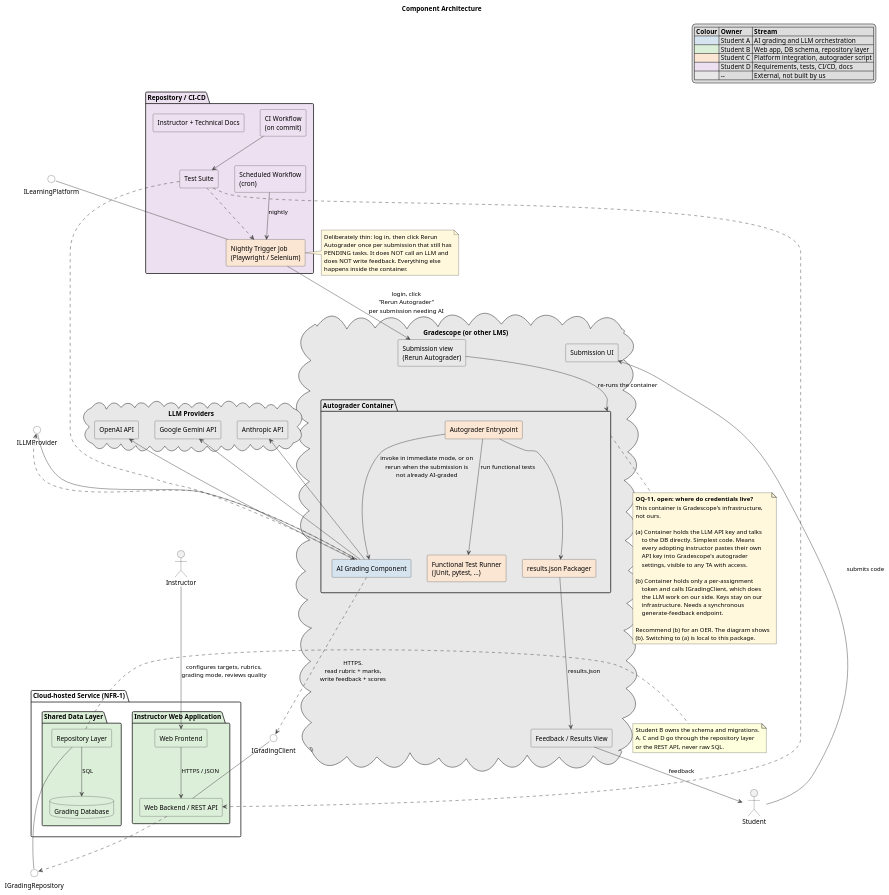
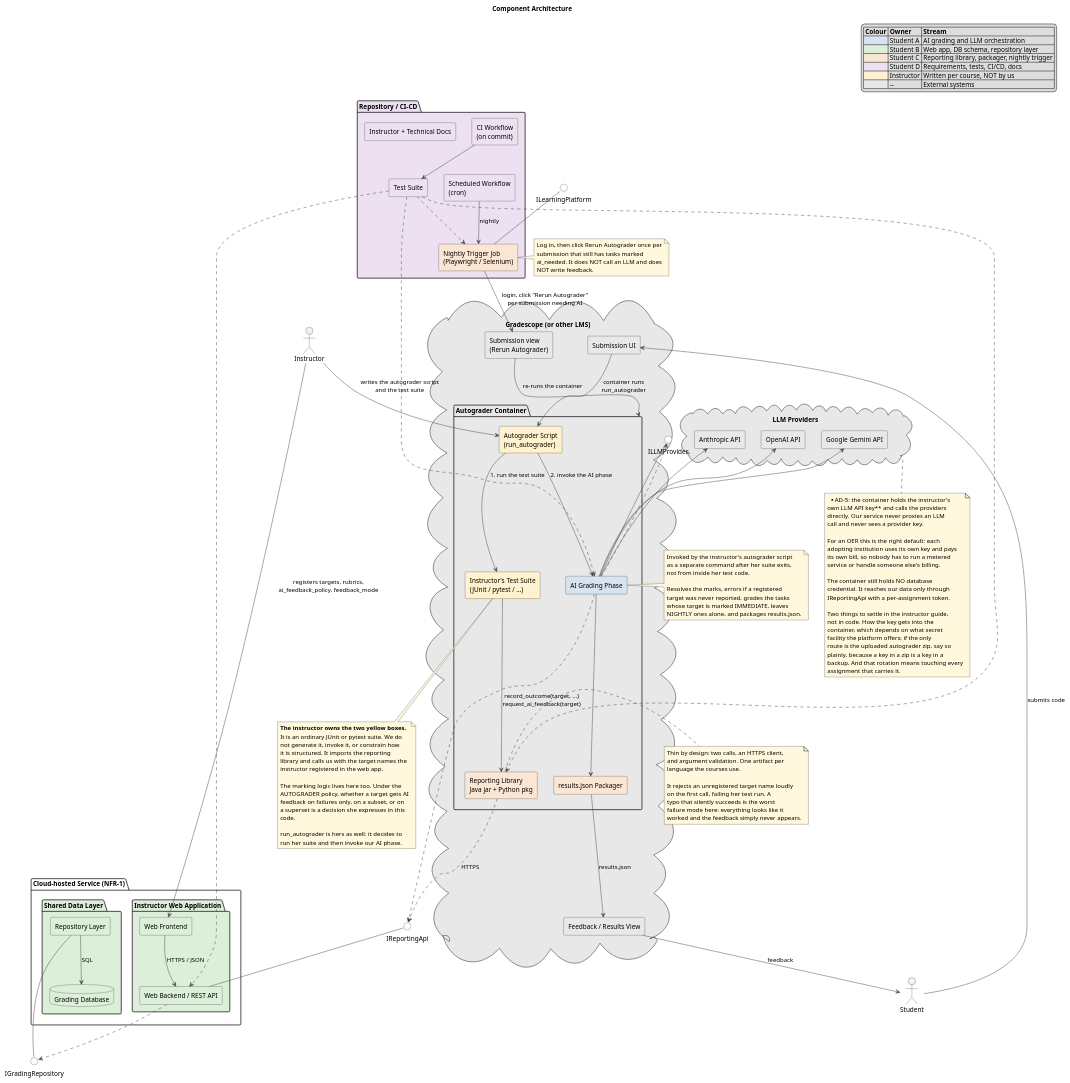
Before and after one commit to AI-Assisted-Autograder/ai-assisted-autograder: the diagram in docs/architecture/01-component.puml, drawn with PlantUML. The commit also changed 9 other files, not shown here.

Commit message:
Updated autograder interface.

```diff
--- a/docs/architecture/01-component.puml
+++ b/docs/architecture/01-component.puml
@@ -3,10 +3,16 @@
 ' Automated Code Feedback -- Component Architecture
 ' Traces to: NFR-3, NFR-4, NFR-11, FR-37, FR-38, FR-39
 '
-' Key structural fact: the AI grading component runs INSIDE the
-' platform autograder script, in both immediate and nightly mode. The
-' nightly job runner only triggers reruns. It does not generate
-' feedback.
+' Two structural facts that drive everything else:
+'
+'  1. The instructor's own test suite IS the autograder. We do not
+'     invoke it. It imports our reporting library and calls us with the
+'     target names the instructor registered in the web app. Control is
+'     inverted relative to a framework: we ship a library, not a runner.
+'
+'  2. The AI grading component runs INSIDE the platform autograder
+'     container, in both immediate and nightly mode. The nightly job
+'     runner only triggers reruns; it never calls an LLM.
 ' =====================================================================
 
 title Component Architecture
@@ -21,9 +27,10 @@
   |= Colour |= Owner |= Stream |
   |<#D6E4F0>| Student A | AI grading and LLM orchestration |
   |<#DCEFD9>| Student B | Web app, DB schema, repository layer |
-  |<#FBE6D4>| Student C | Platform integration, autograder script |
+  |<#FBE6D4>| Student C | Reporting library, packager, nightly trigger |
   |<#EDE0F0>| Student D | Requirements, tests, CI/CD, docs |
-  |<#E8E8E8>| -- | External, not built by us |
+  |<#FFF2CC>| Instructor | Written per course, NOT by us |
+  |<#E8E8E8>| -- | External systems |
 endlegend
 
 actor Instructor as instr
@@ -55,10 +62,14 @@
   [Submission view\n(Rerun Autograder)] as gs_rerun #E8E8E8
 
   package "Autograder Container" as agbox #E8E8E8 {
-    [Autograder Entrypoint] as ag #FBE6D4
-    [Functional Test Runner\n(JUnit, pytest, ...)] as junit #FBE6D4
+
+    [Autograder Script\n(run_autograder)] as script #FFF2CC
+    [Instructor's Test Suite\n(JUnit / pytest / ...)] as tests_i #FFF2CC
+
+    [Reporting Library\nJava jar + Python pkg] as wrapper #FBE6D4
+
+    [AI Grading Phase] as aigrade #D6E4F0
     [results.json Packager] as packager #FBE6D4
-    [AI Grading Component] as aigrade #D6E4F0
   }
 }
 
@@ -69,7 +80,7 @@
 }
 
 ' ---------------------------------------------------------------------
-' Nightly trigger -- thin by design
+' Nightly trigger
 ' ---------------------------------------------------------------------
 package "Repository / CI-CD" #EDE0F0 {
   [Nightly Trigger Job\n(Playwright / Selenium)] as trigger #FBE6D4
@@ -83,78 +94,123 @@
 ' Published interfaces -- THE CONTRACTS
 ' ---------------------------------------------------------------------
 interface "IGradingRepository" as IRepo
+interface "IReportingApi" as IReport
 interface "ILearningPlatform" as IPlat
 interface "ILLMProvider" as ILLM
-interface "IGradingClient" as IClient
 
 repo -up- IRepo
+be -up- IReport
 trigger -up- IPlat
 aigrade -up- ILLM
-be -up- IClient
 
 ' ---------------------------------------------------------------------
 ' Wiring
 ' ---------------------------------------------------------------------
-instr --> fe : configures targets, rubrics,\ngrading mode, reviews quality
+instr --> fe : registers targets, rubrics,\nai_feedback_policy, feedback_mode
+instr --> script : writes the autograder script\nand the test suite
 fe --> be : HTTPS / JSON
 be ..> IRepo
 repo --> db : SQL
 
 stud --> gs_ui : submits code
-ag --> junit : run functional tests
-ag --> aigrade : invoke in immediate mode, or on\nrerun when the submission is\nnot already AI-graded
-ag --> packager
+gs_ui --> script : container runs\nrun_autograder
+script --> tests_i : 1. run the test suite
+script --> aigrade : 2. invoke the AI phase
+
+tests_i --> wrapper : record_outcome(target, ...)\nrequest_ai_feedback(target)
+wrapper ..> IReport : HTTPS
+
+aigrade --> packager
 packager --> gs_fb : results.json
 gs_fb --> stud : feedback
 
-aigrade ..> IClient : HTTPS.\nread rubric + marks,\nwrite feedback + scores
+aigrade ..> IReport
 aigrade ..> ILLM
 p_claude <-- aigrade
 p_openai <-- aigrade
 p_gemini <-- aigrade
 
 cron --> trigger : nightly
-trigger --> gs_rerun : login, click\n"Rerun Autograder"\nper submission needing AI
+trigger --> gs_rerun : login, click "Rerun Autograder"\nper submission needing AI
 gs_rerun --> agbox : re-runs the container
 
 ci --> tests
 tests ..> be
 tests ..> aigrade
+tests ..> wrapper
 tests ..> trigger
 
-note bottom of agbox #FFF8DC
-  **OQ-11, open: where do credentials live?**
-  This container is Gradescope's infrastructure,
-  not ours.
+note bottom of tests_i #FFF8DC
+  **The instructor owns the two yellow boxes.**
+  It is an ordinary JUnit or pytest suite. We do
+  not generate it, invoke it, or constrain how
+  it is structured. It imports the reporting
+  library and calls us with the target names the
+  instructor registered in the web app.
 
-  (a) Container holds the LLM API key and talks
-      to the DB directly. Simplest code. Means
-      every adopting instructor pastes their own
-      API key into Gradescope's autograder
-      settings, visible to any TA with access.
+  The marking logic lives here too. Under the
+  AUTOGRADER policy, whether a target gets AI
+  feedback on failures only, on a subset, or on
+  a superset is a decision she expresses in this
+  code.
 
-  (b) Container holds only a per-assignment
-      token and calls IGradingClient, which does
-      the LLM work on our side. Keys stay on our
-      infrastructure. Needs a synchronous
-      generate-feedback endpoint.
+  run_autograder is hers as well: it decides to
+  run her suite and then invoke our AI phase.
+end note
 
-  Recommend (b) for an OER. The diagram shows
-  (b). Switching to (a) is local to this package.
+note right of wrapper #FFF8DC
+  Thin by design: two calls, an HTTPS client,
+  and argument validation. One artifact per
+  language the courses use.
+
+  It rejects an unregistered target name loudly
+  on the first call, failing her test run. A
+  typo that silently succeeds is the worst
+  failure mode here: everything looks like it
+  worked and the feedback simply never appears.
+end note
+
+note right of aigrade #FFF8DC
+  Invoked by the instructor's autograder script
+  as a separate command after her suite exits,
+  not from inside her test code.
+
+  Resolves the marks, errors if a registered
+  target was never reported, grades the tasks
+  whose target is marked IMMEDIATE, leaves
+  NIGHTLY ones alone, and packages results.json.
 end note
 
 note right of trigger #FFF8DC
-  Deliberately thin: log in, then click Rerun
-  Autograder once per submission that still has
-  PENDING tasks. It does NOT call an LLM and
-  does NOT write feedback. Everything else
-  happens inside the container.
+  Log in, then click Rerun Autograder once per
+  submission that still has tasks marked
+  ai_needed. It does NOT call an LLM and does
+  NOT write feedback.
 end note
 
-note right of repo
-  Student B owns the schema and migrations.
-  A, C and D go through the repository layer
-  or the REST API, never raw SQL.
+note bottom of llms #FFF8DC
+  **AD-5: the container holds the instructor's
+  own LLM API key** and calls the providers
+  directly. Our service never proxies an LLM
+  call and never sees a provider key.
+
+  For an OER this is the right default: each
+  adopting institution uses its own key and pays
+  its own bill, so nobody has to run a metered
+  service or handle someone else's billing.
+
+  The container still holds NO database
+  credential. It reaches our data only through
+  IReportingApi with a per-assignment token.
+
+  Two things to settle in the instructor guide,
+  not in code. How the key gets into the
+  container, which depends on what secret
+  facility the platform offers; if the only
+  route is the uploaded autograder zip, say so
+  plainly, because a key in a zip is a key in a
+  backup. And that rotation means touching every
+  assignment that carries it.
 end note
 
 @enduml
```
